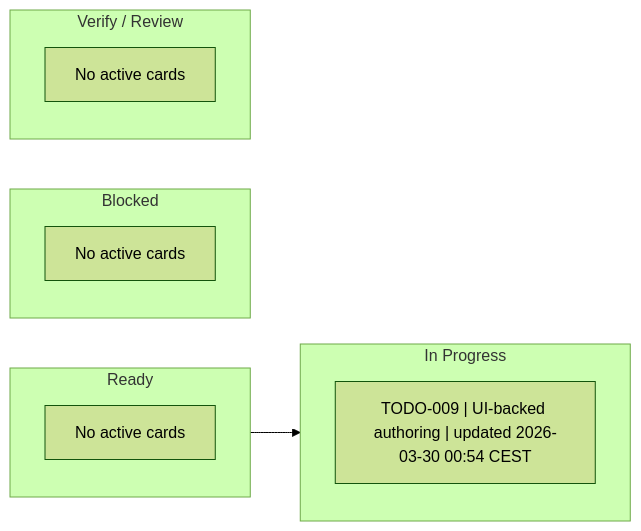
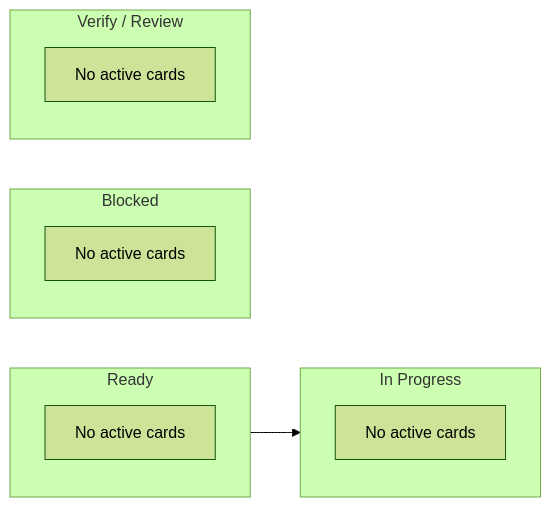
The diagram in .agents/management/ACTIVE.md (shomsy/step-by-step-animator), drawn with Mermaid (forest theme) before and after one commit. The commit also changed 14 other files, not shown here.

Commit message:
Ship UI-backed lesson authoring and state labels

````diff
--- a/.agents/management/ACTIVE.md
+++ b/.agents/management/ACTIVE.md
@@ -20,20 +20,20 @@
 ```mermaid
 flowchart LR
     subgraph Ready["Ready"]
         R0["No active cards"]
     end
 
     subgraph InProgress["In Progress"]
-        P1["TODO-009 | UI-backed authoring | updated 2026-03-30 00:54 CEST"]
+        P0["No active cards"]
     end
 
     subgraph Blocked["Blocked"]
         B0["No active cards"]
     end
 
     subgraph Verify["Verify / Review"]
         V0["No active cards"]
     end
 
-    Ready --> InProgress
+Ready --> InProgress
 ```
````
